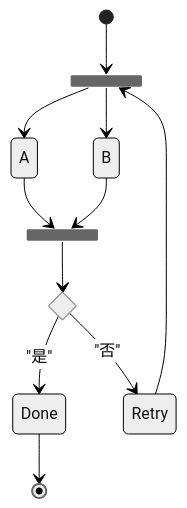
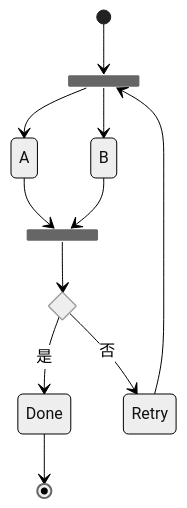
The seventh of 10 diagrams in .agents/docs/knowledge/learning/04-docs-markup-tooling/mermaid-wiki/04-class-state-er.md (xinetzone/SpecWeave), drawn with Mermaid (neutral theme) before and after one commit. The commit also changed other lines of this file and 4 other files, not shown here.

Commit message:
docs(mermaid): 修复mermaid-wiki语法错误，沉淀引号规则清单 [prevent: rule-update]

````diff
--- a/.agents/docs/knowledge/learning/04-docs-markup-tooling/mermaid-wiki/04-class-state-er.md
+++ b/.agents/docs/knowledge/learning/04-docs-markup-tooling/mermaid-wiki/04-class-state-er.md
@@ -175,16 +181,16 @@
 ```mermaid
 stateDiagram-v2
     state Fork <<fork>>
     state Join <<join>>
     state Decide <<choice>>
     [*] --> Fork
     Fork --> A
     Fork --> B
     A --> Join
     B --> Join
     Join --> Decide
-    Decide --> Done : "是"
-    Decide --> Retry : "否"
+    Decide --> Done : 是
+    Decide --> Retry : 否
     Retry --> Fork
     Done --> [*]
 ```
````
